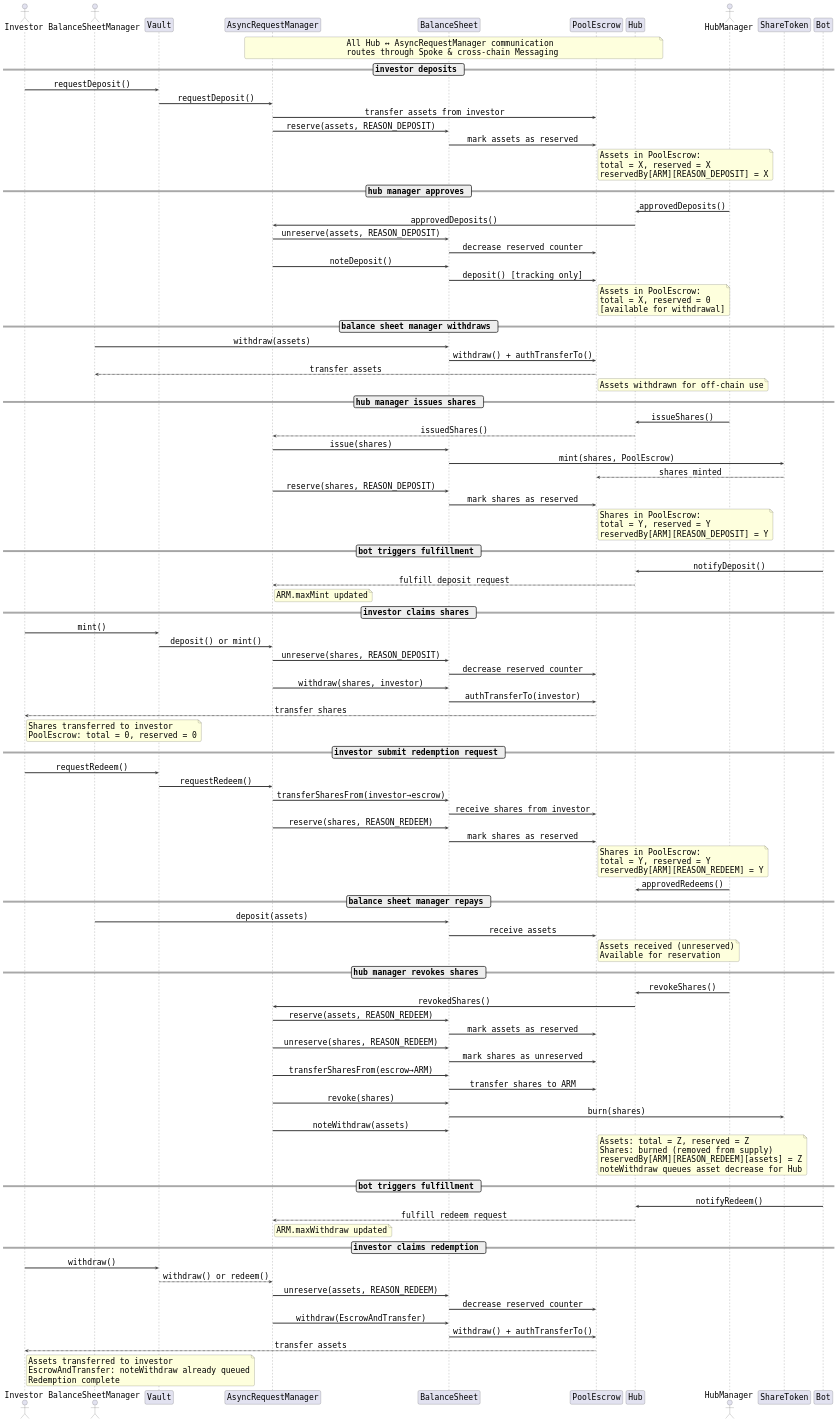
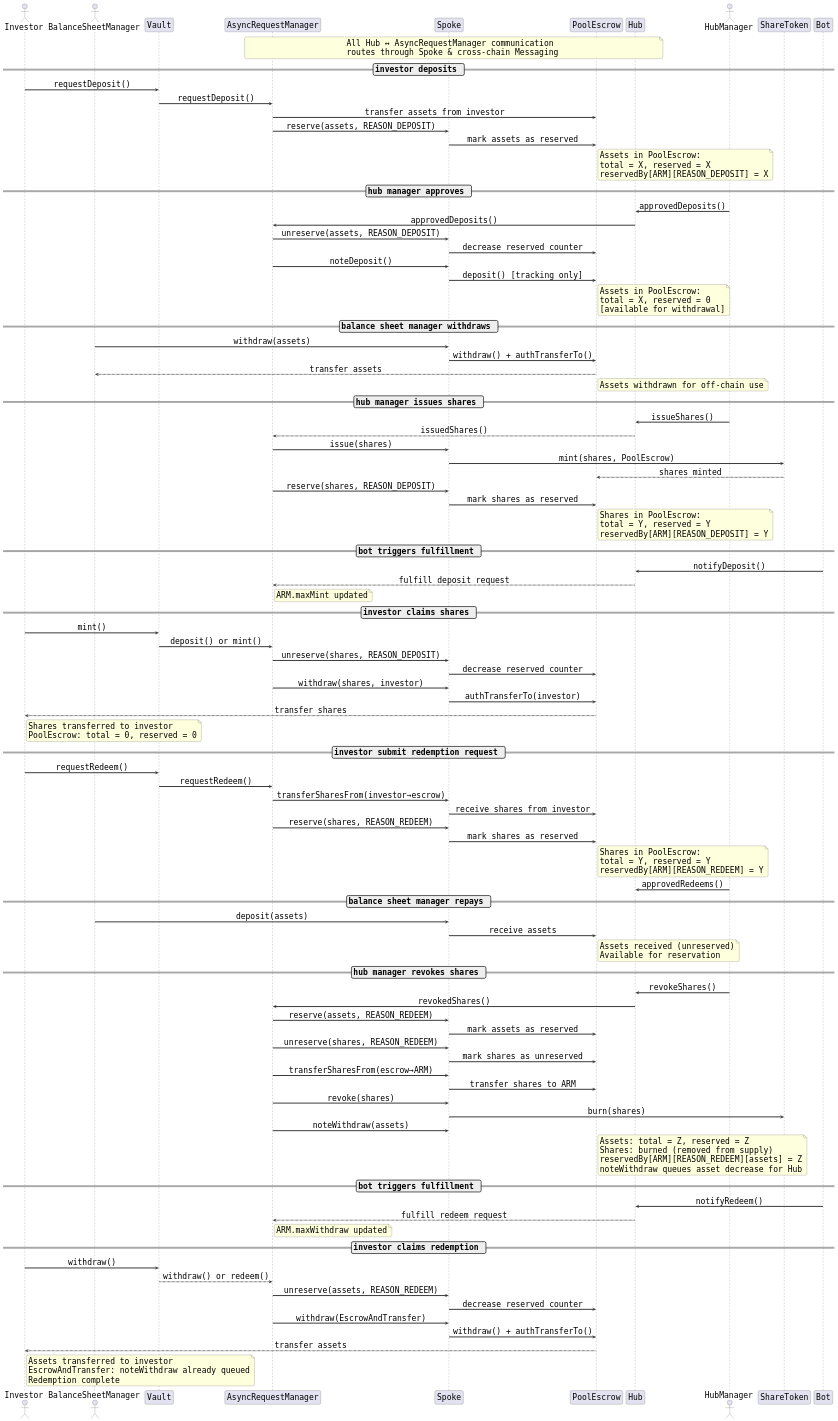
Before and after one commit to centrifuge/protocol: the diagram in docs/architecture/vaults/flow-of-funds.puml, drawn with PlantUML. The commit also changed 446 other files, not shown here.

```diff
--- a/docs/architecture/vaults/flow-of-funds.puml
+++ b/docs/architecture/vaults/flow-of-funds.puml
@@ -1,185 +1,185 @@
 @startuml
 skinparam sequenceArrowThickness 3
 skinparam backgroundColor white
 skinparam sequenceMessageAlign center
 skinparam maxMessageSize 500
 skinparam roundcorner 10
 skinparam shadowing false
 skinparam defaultFontName "Monospaced"
 skinparam defaultFontSize 25
 
 skinparam sequence {
     ArrowColor #333333
     BoxBorderColor #999999
     BoxBackgroundColor #F9F9F9
     GroupBorderColor #AAAAAA
     GroupBackgroundColor #EEEEEE
 }
 
 actor Investor
 actor BalanceSheetManager
 participant Vault
 participant AsyncRequestManager as ARM
-participant BalanceSheet
+participant Spoke
 participant PoolEscrow
 participant Hub
 actor HubManager
 
 note over Hub, ARM
     All Hub ↔ AsyncRequestManager communication
     routes through Spoke & cross-chain Messaging
 end note
 
 == investor deposits ==
 
 Investor -> Vault : requestDeposit()
 Vault -> ARM : requestDeposit()
 ARM -> PoolEscrow : transfer assets from investor
-ARM -> BalanceSheet : reserve(assets, REASON_DEPOSIT)
-BalanceSheet -> PoolEscrow : mark assets as reserved
+ARM -> Spoke : reserve(assets, REASON_DEPOSIT)
+Spoke -> PoolEscrow : mark assets as reserved
 
 note right of PoolEscrow
     Assets in PoolEscrow:
     total = X, reserved = X
     reservedBy[ARM][REASON_DEPOSIT] = X
 end note
 
 == hub manager approves ==
 
 HubManager -> Hub : approvedDeposits()
 Hub -> ARM : approvedDeposits()
-ARM -> BalanceSheet : unreserve(assets, REASON_DEPOSIT)
-BalanceSheet -> PoolEscrow : decrease reserved counter
-ARM -> BalanceSheet : noteDeposit()
-BalanceSheet -> PoolEscrow : deposit() [tracking only]
+ARM -> Spoke : unreserve(assets, REASON_DEPOSIT)
+Spoke -> PoolEscrow : decrease reserved counter
+ARM -> Spoke : noteDeposit()
+Spoke -> PoolEscrow : deposit() [tracking only]
 
 note right of PoolEscrow
     Assets in PoolEscrow:
     total = X, reserved = 0
     [available for withdrawal]
 end note
 
 == balance sheet manager withdraws ==
 
-BalanceSheetManager -> BalanceSheet : withdraw(assets)
-BalanceSheet -> PoolEscrow : withdraw() + authTransferTo()
+BalanceSheetManager -> Spoke : withdraw(assets)
+Spoke -> PoolEscrow : withdraw() + authTransferTo()
 PoolEscrow --> BalanceSheetManager : transfer assets
 
 note right of PoolEscrow
     Assets withdrawn for off-chain use
 end note
 
 == hub manager issues shares ==
 
 HubManager -> Hub : issueShares()
 Hub --> ARM : issuedShares()
-ARM -> BalanceSheet : issue(shares)
-BalanceSheet -> ShareToken : mint(shares, PoolEscrow)
+ARM -> Spoke : issue(shares)
+Spoke -> ShareToken : mint(shares, PoolEscrow)
 ShareToken --> PoolEscrow : shares minted
-ARM -> BalanceSheet : reserve(shares, REASON_DEPOSIT)
-BalanceSheet -> PoolEscrow : mark shares as reserved
+ARM -> Spoke : reserve(shares, REASON_DEPOSIT)
+Spoke -> PoolEscrow : mark shares as reserved
 
 note right of PoolEscrow
     Shares in PoolEscrow:
     total = Y, reserved = Y
     reservedBy[ARM][REASON_DEPOSIT] = Y
 end note
 
 == bot triggers fulfillment ==
 
 Bot -> Hub : notifyDeposit()
 Hub --> ARM : fulfill deposit request
 
 note right of ARM
     ARM.maxMint updated
 end note
 
 == investor claims shares ==
 
 Investor -> Vault : mint()
 Vault -> ARM : deposit() or mint()
-ARM -> BalanceSheet : unreserve(shares, REASON_DEPOSIT)
-BalanceSheet -> PoolEscrow : decrease reserved counter
-ARM -> BalanceSheet : withdraw(shares, investor)
-BalanceSheet -> PoolEscrow : authTransferTo(investor)
+ARM -> Spoke : unreserve(shares, REASON_DEPOSIT)
+Spoke -> PoolEscrow : decrease reserved counter
+ARM -> Spoke : withdraw(shares, investor)
+Spoke -> PoolEscrow : authTransferTo(investor)
 PoolEscrow --> Investor : transfer shares
 
 note right of Investor
     Shares transferred to investor
     PoolEscrow: total = 0, reserved = 0
 end note
 
 == investor submit redemption request ==
 
 Investor -> Vault : requestRedeem()
 Vault -> ARM : requestRedeem()
-ARM -> BalanceSheet : transferSharesFrom(investor→escrow)
-BalanceSheet -> PoolEscrow : receive shares from investor
-ARM -> BalanceSheet : reserve(shares, REASON_REDEEM)
-BalanceSheet -> PoolEscrow : mark shares as reserved
+ARM -> Spoke : transferSharesFrom(investor→escrow)
+Spoke -> PoolEscrow : receive shares from investor
+ARM -> Spoke : reserve(shares, REASON_REDEEM)
+Spoke -> PoolEscrow : mark shares as reserved
 
 note right of PoolEscrow
     Shares in PoolEscrow:
     total = Y, reserved = Y
     reservedBy[ARM][REASON_REDEEM] = Y
 end note
 
 HubManager -> Hub : approvedRedeems()
 
 == balance sheet manager repays ==
 
-BalanceSheetManager -> BalanceSheet : deposit(assets)
-BalanceSheet -> PoolEscrow : receive assets
+BalanceSheetManager -> Spoke : deposit(assets)
+Spoke -> PoolEscrow : receive assets
 
 note right of PoolEscrow
     Assets received (unreserved)
     Available for reservation
 end note
 
 == hub manager revokes shares ==
 
 HubManager -> Hub : revokeShares()
 Hub -> ARM : revokedShares()
-ARM -> BalanceSheet : reserve(assets, REASON_REDEEM)
-BalanceSheet -> PoolEscrow : mark assets as reserved
-ARM -> BalanceSheet : unreserve(shares, REASON_REDEEM)
-BalanceSheet -> PoolEscrow : mark shares as unreserved
-ARM -> BalanceSheet : transferSharesFrom(escrow→ARM)
-BalanceSheet -> PoolEscrow : transfer shares to ARM
-ARM -> BalanceSheet : revoke(shares)
-BalanceSheet -> ShareToken : burn(shares)
-ARM -> BalanceSheet : noteWithdraw(assets)
+ARM -> Spoke : reserve(assets, REASON_REDEEM)
+Spoke -> PoolEscrow : mark assets as reserved
+ARM -> Spoke : unreserve(shares, REASON_REDEEM)
+Spoke -> PoolEscrow : mark shares as unreserved
+ARM -> Spoke : transferSharesFrom(escrow→ARM)
+Spoke -> PoolEscrow : transfer shares to ARM
+ARM -> Spoke : revoke(shares)
+Spoke -> ShareToken : burn(shares)
+ARM -> Spoke : noteWithdraw(assets)
 
 note right of PoolEscrow
     Assets: total = Z, reserved = Z
     Shares: burned (removed from supply)
     reservedBy[ARM][REASON_REDEEM][assets] = Z
     noteWithdraw queues asset decrease for Hub
 end note
 
 == bot triggers fulfillment ==
 
 Bot -> Hub : notifyRedeem()
 Hub --> ARM : fulfill redeem request
 
 note right of ARM
     ARM.maxWithdraw updated
 end note
 
 == investor claims redemption ==
 
 Investor -> Vault : withdraw()
 Vault --> ARM : withdraw() or redeem()
-ARM -> BalanceSheet : unreserve(assets, REASON_REDEEM)
-BalanceSheet -> PoolEscrow : decrease reserved counter
-ARM -> BalanceSheet : withdraw(EscrowAndTransfer)
-BalanceSheet -> PoolEscrow : withdraw() + authTransferTo()
+ARM -> Spoke : unreserve(assets, REASON_REDEEM)
+Spoke -> PoolEscrow : decrease reserved counter
+ARM -> Spoke : withdraw(EscrowAndTransfer)
+Spoke -> PoolEscrow : withdraw() + authTransferTo()
 PoolEscrow --> Investor : transfer assets
 
 note right of Investor
     Assets transferred to investor
     EscrowAndTransfer: noteWithdraw already queued
     Redemption complete
 end note
 
 @enduml
```
